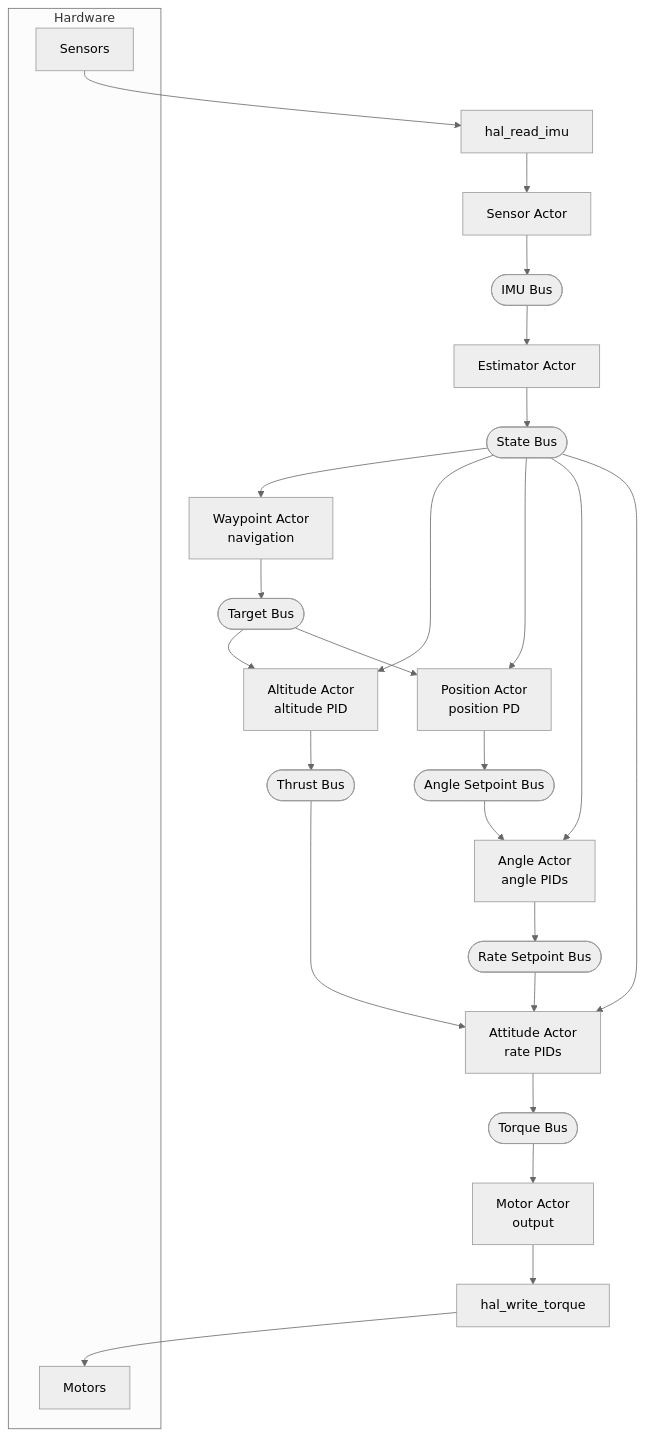
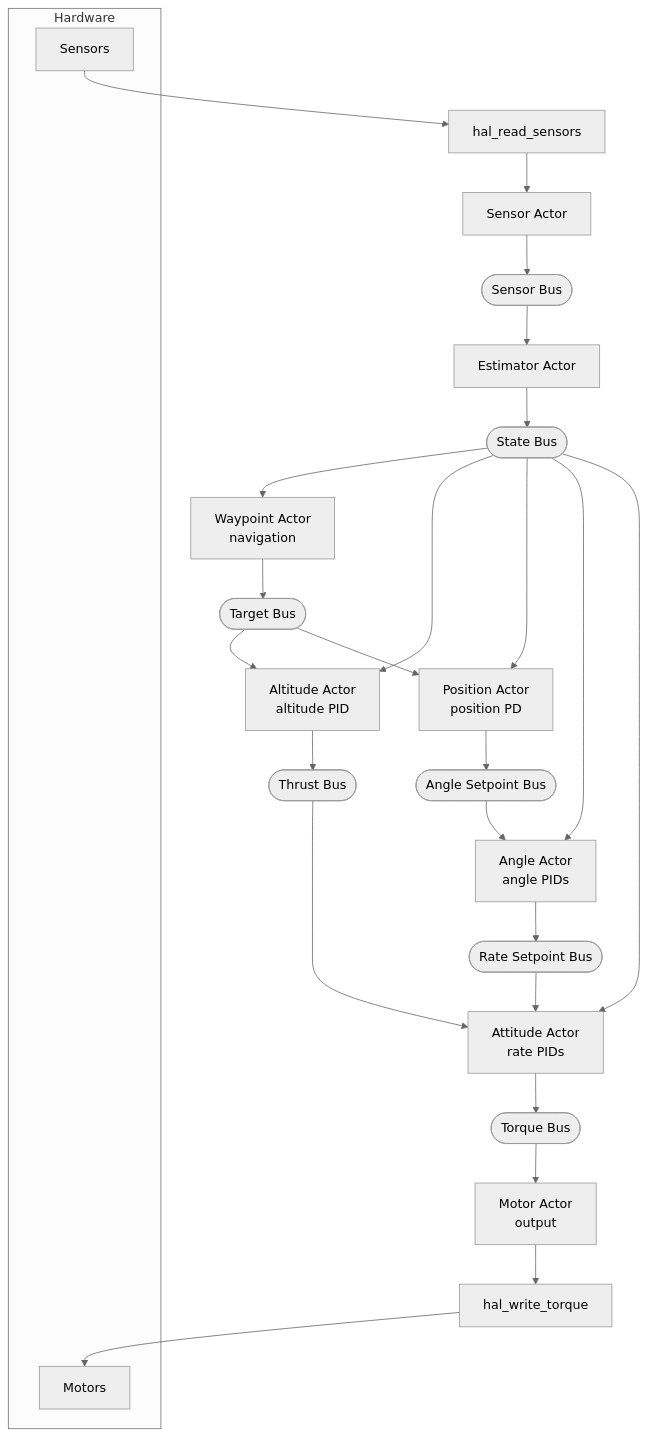
Before and after one commit to joagre/rt: the second of 3 diagrams in examples/pilot/SPEC.md, drawn with Mermaid (neutral theme). The commit also changed other lines of this file, not shown here.

First line of the commit message:
Update SPEC.md for sensor fusion refactoring

````diff
--- a/examples/pilot/SPEC.md
+++ b/examples/pilot/SPEC.md
@@ -180,36 +180,36 @@
 ```mermaid
 graph TB
     subgraph HW["Hardware"]
         Sensors[Sensors]
         Motors[Motors]
     end
 
-    ReadIMU[hal_read_imu]
+    ReadSensors[hal_read_sensors]
     WriteTorque[hal_write_torque]
 
-    Sensors --> ReadIMU --> Sensor[Sensor Actor]
-    Sensor --> IMUBus([IMU Bus])
-    IMUBus --> Estimator[Estimator Actor]
+    Sensors --> ReadSensors --> Sensor[Sensor Actor]
+    Sensor --> SensorBus([Sensor Bus])
+    SensorBus --> Estimator[Estimator Actor]
     Estimator --> StateBus([State Bus])
 
     StateBus --> Waypoint[Waypoint Actor<br/>navigation]
     StateBus --> Altitude[Altitude Actor<br/>altitude PID]
     StateBus --> Position[Position Actor<br/>position PD]
     StateBus --> Angle[Angle Actor<br/>angle PIDs]
     StateBus --> Attitude[Attitude Actor<br/>rate PIDs]
 
     Waypoint --> TargetBus([Target Bus])
     TargetBus --> Altitude
     TargetBus --> Position
     Altitude --> ThrustBus([Thrust Bus])
     ThrustBus --> Attitude
     Position --> AngleSP([Angle Setpoint Bus])
     AngleSP --> Angle
     Angle --> RateSP([Rate Setpoint Bus])
     RateSP --> Attitude
 
     Attitude --> TorqueBus([Torque Bus])
     TorqueBus --> Motor[Motor Actor<br/>output]
 
     Motor --> WriteTorque --> Motors
 ```
````
